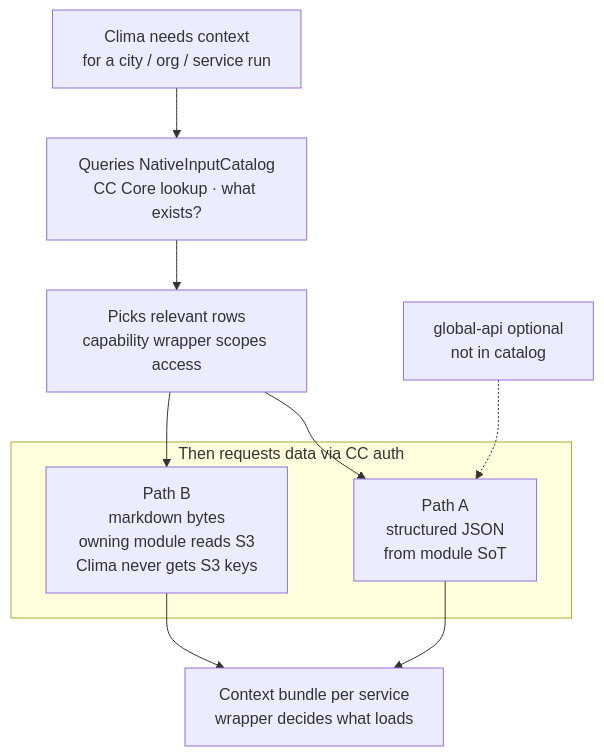
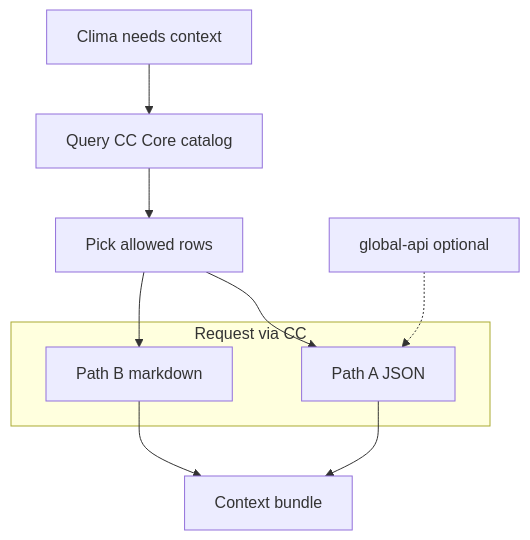
Before and after one commit to Open-Earth-Foundation/CityCatalyst: the second of 3 diagrams in docs/NativeDocumentStorageArchitecture.md, drawn with Mermaid. The commit also changed other lines of this file, not shown here.

First line of the commit message:
docs(CC-553): address Mirco follow-up on scope and Path B

````diff
--- a/docs/NativeDocumentStorageArchitecture.md
+++ b/docs/NativeDocumentStorageArchitecture.md
@@ -125,22 +128,22 @@
 ```mermaid
 flowchart TB
-  Clima["Clima needs context<br/>for a city / org / service run"]
-  Catalog["Queries NativeInputCatalog<br/>CC Core lookup · what exists?"]
-  Discover["Picks relevant rows<br/>capability wrapper scopes access"]
+  Clima["Clima needs context"]
+  Catalog["Query CC Core catalog"]
+  Pick["Pick allowed rows"]
 
-  subgraph Paths["Then requests data via CC auth"]
-    PathA["Path A<br/>structured JSON<br/>from module SoT"]
-    PathB["Path B<br/>markdown bytes<br/>owning module reads S3<br/>Clima never gets S3 keys"]
+  subgraph Paths["Request via CC"]
+    PathA["Path A JSON"]
+    PathB["Path B markdown"]
   end
 
-  Bundle["Context bundle per service<br/>wrapper decides what loads"]
-  GlobalAPI["global-api optional<br/>not in catalog"]
+  Bundle["Context bundle"]
+  GlobalAPI["global-api optional"]
 
   Clima --> Catalog
-  Catalog --> Discover
-  Discover --> PathA
-  Discover --> PathB
+  Catalog --> Pick
+  Pick --> PathA
+  Pick --> PathB
   PathA --> Bundle
   PathB --> Bundle
   GlobalAPI -.-> PathA
 ```
````
